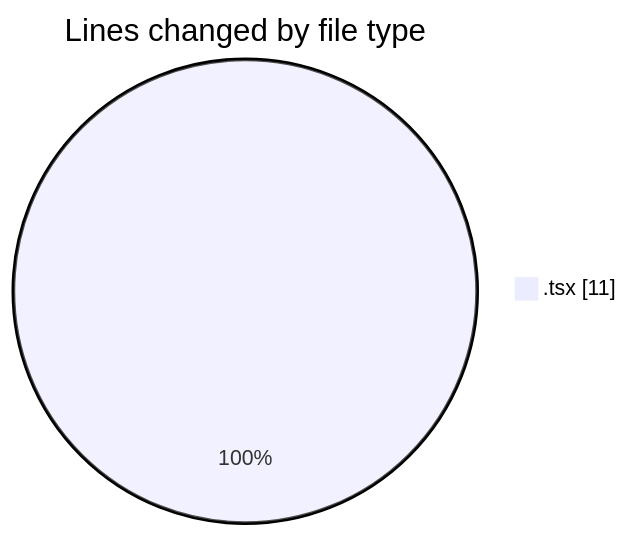
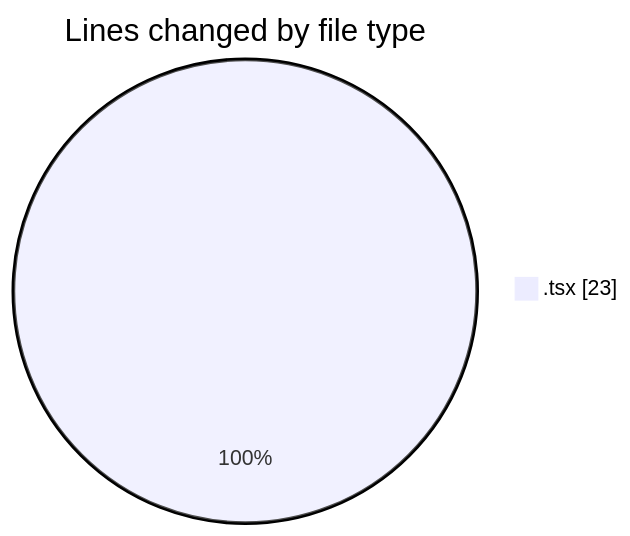
Before and after one commit to donsfak/code-tracking: the first of 2 diagrams in 2025-02-08/portofolio/README.md, drawn with Mermaid. The commit also changed other lines of this file and 1 other file, not shown here.

````diff
--- a/2025-02-08/portofolio/README.md
+++ b/2025-02-08/portofolio/README.md
@@ -20,5 +20,5 @@
 ```mermaid
 pie showData
 title Lines changed by file type
-".tsx" : 11
+".tsx" : 23
 ```
````
